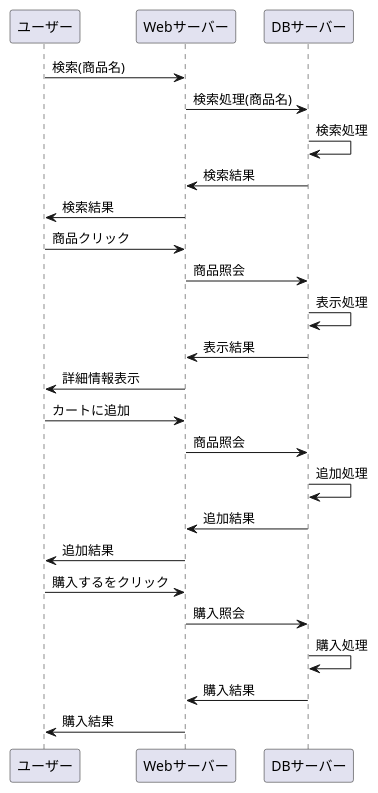
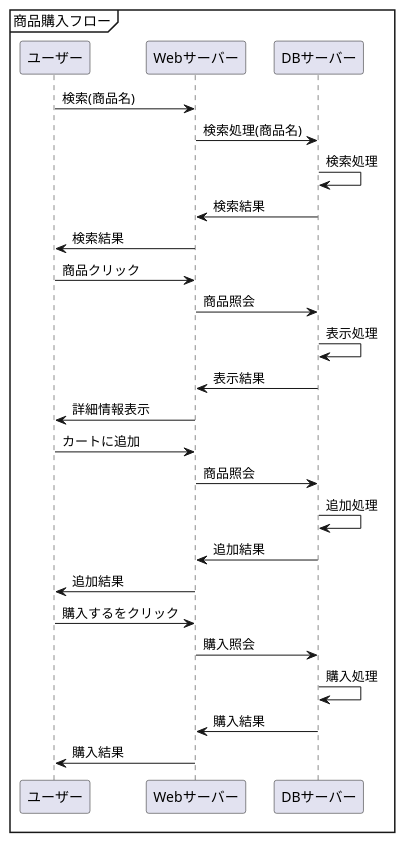
The diagram in Rainbows/業務フロー(商品購入).md (Aso2001174/2021sys-design), drawn with PlantUML before and after one commit.

````diff
--- a/Rainbows/業務フロー(商品購入).md
+++ b/Rainbows/業務フロー(商品購入).md
@@ -1,28 +1,30 @@
 ```uml
 @startuml
+mainframe 商品購入フロー
+
 ユーザー -> Webサーバー : 検索(商品名)
 Webサーバー -> DBサーバー : 検索処理(商品名)
 DBサーバー -> DBサーバー : 検索処理
 DBサーバー -> Webサーバー : 検索結果
 Webサーバー -> ユーザー : 検索結果
 
 ユーザー -> Webサーバー : 商品クリック
 Webサーバー -> DBサーバー : 商品照会
 DBサーバー -> DBサーバー : 表示処理
 DBサーバー -> Webサーバー : 表示結果
 Webサーバー -> ユーザー : 詳細情報表示
 
 ユーザー -> Webサーバー : カートに追加
 Webサーバー -> DBサーバー : 商品照会
 DBサーバー -> DBサーバー : 追加処理
 DBサーバー -> Webサーバー : 追加結果
 Webサーバー -> ユーザー : 追加結果
 
 ユーザー -> Webサーバー : 購入するをクリック
 Webサーバー -> DBサーバー : 購入照会
 DBサーバー -> DBサーバー : 購入処理
 DBサーバー -> Webサーバー : 購入結果
 Webサーバー -> ユーザー : 購入結果
 
 @enduml
 ```
````
